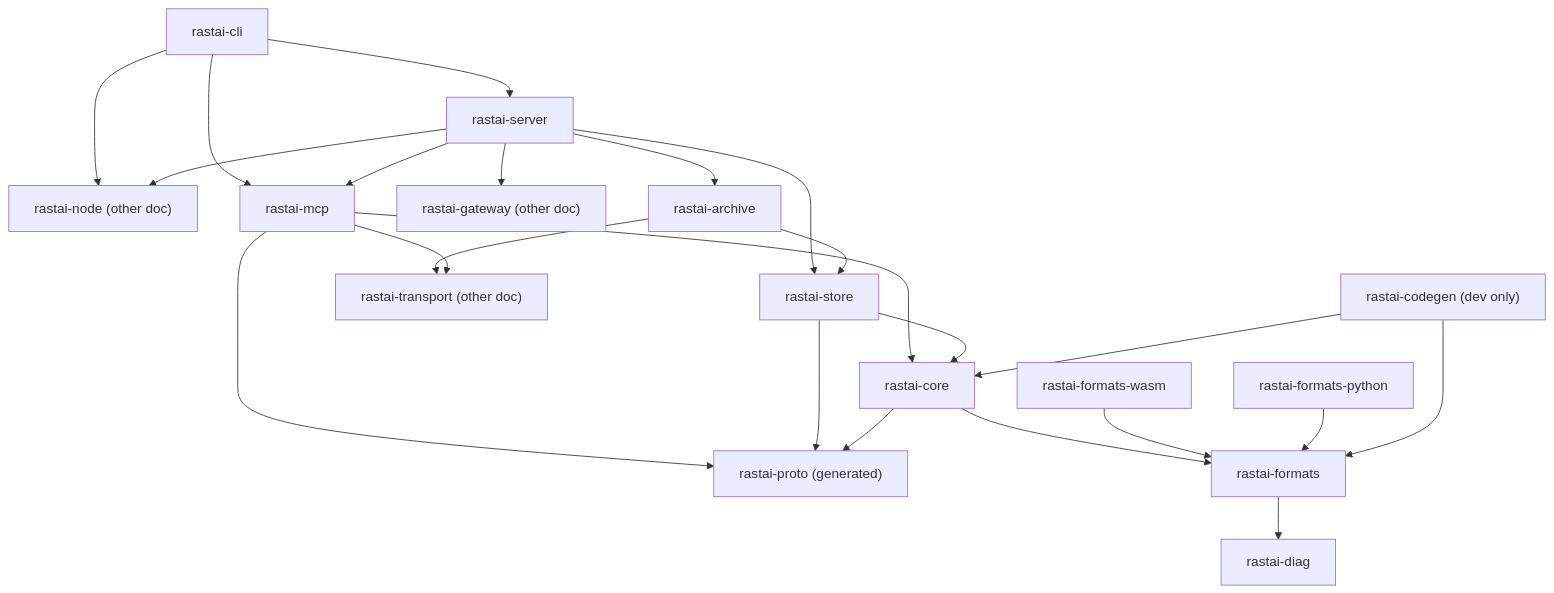
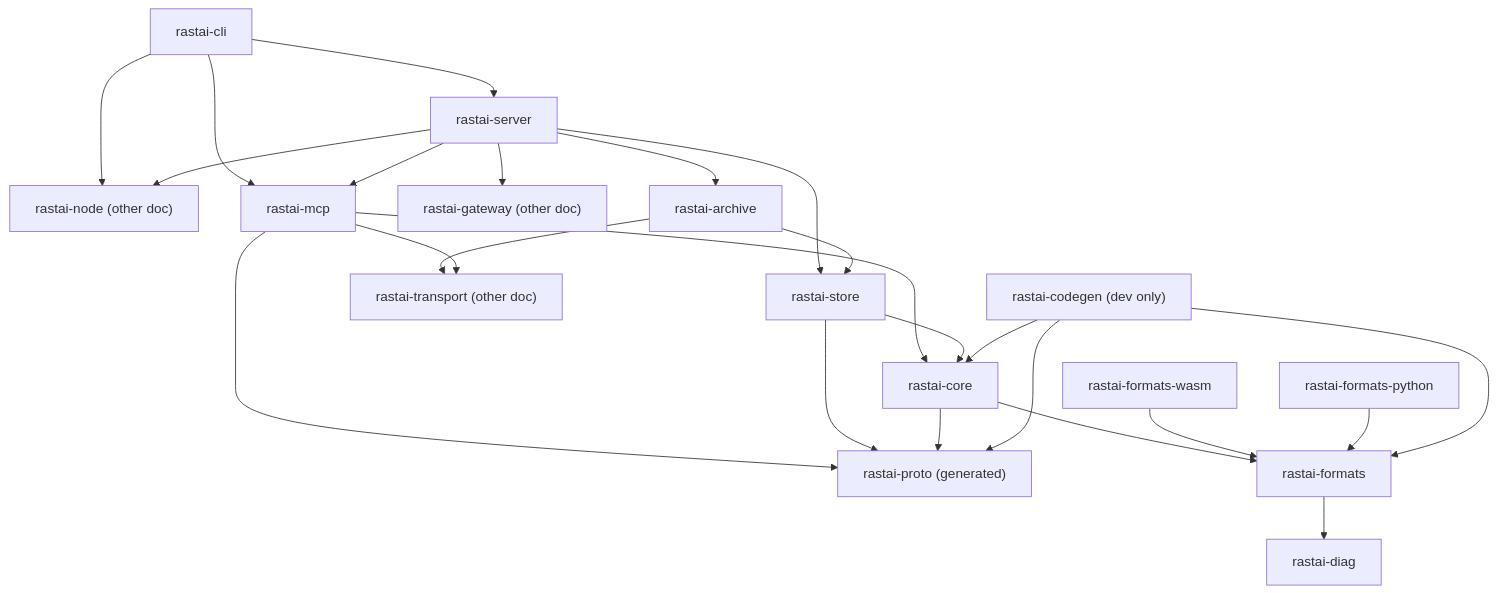
Before and after one commit to Snubiss/RASTAI-Research-Studio: the first of 7 diagrams in docs/architecture/layout/rust-control-plane.md, drawn with Mermaid. The commit also changed other lines of this file and 20 other files, not shown here.

````diff
--- a/docs/architecture/layout/rust-control-plane.md
+++ b/docs/architecture/layout/rust-control-plane.md
@@ -46,25 +46,26 @@
 ```mermaid
 flowchart TD
   CLI["rastai-cli"] --> SRV["rastai-server"]
   CLI --> NODE["rastai-node (other doc)"]
   CLI --> MCP["rastai-mcp"]
   SRV --> NODE
   SRV --> GW["rastai-gateway (other doc)"]
   SRV --> MCP
   SRV --> ARCH["rastai-archive"]
   SRV --> STORE["rastai-store"]
   ARCH --> STORE
   ARCH --> TR["rastai-transport (other doc)"]
   MCP --> TR
   MCP --> CORE["rastai-core"]
   MCP --> PROTO
   STORE --> CORE
   STORE --> PROTO["rastai-proto (generated)"]
   CORE --> FMT["rastai-formats"]
   CORE --> PROTO
   FMT --> DIAG["rastai-diag"]
   WASM["rastai-formats-wasm"] --> FMT
   PY["rastai-formats-python"] --> FMT
   CG["rastai-codegen (dev only)"] --> CORE
   CG --> FMT
+  CG --> PROTO
 ```
````
